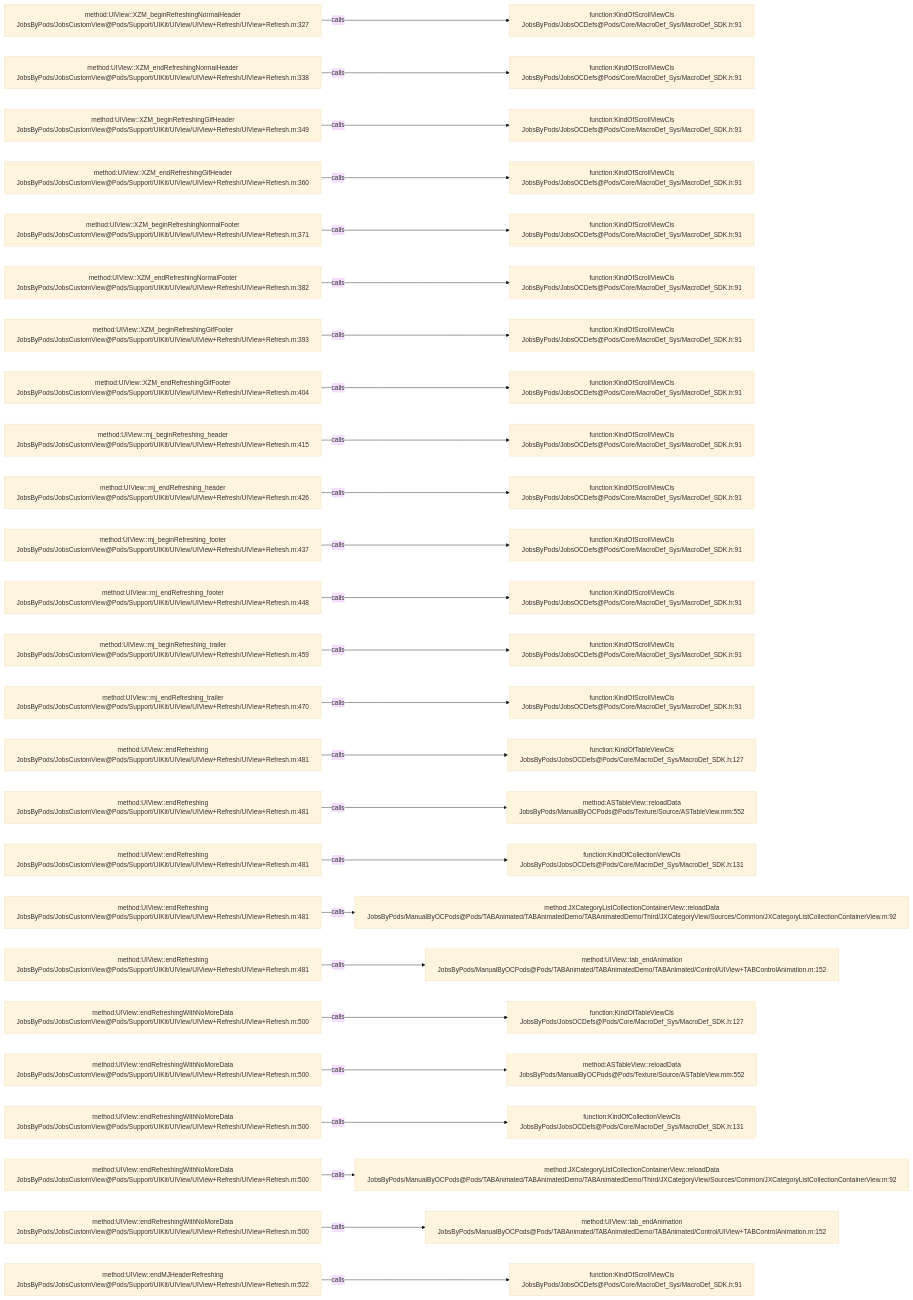
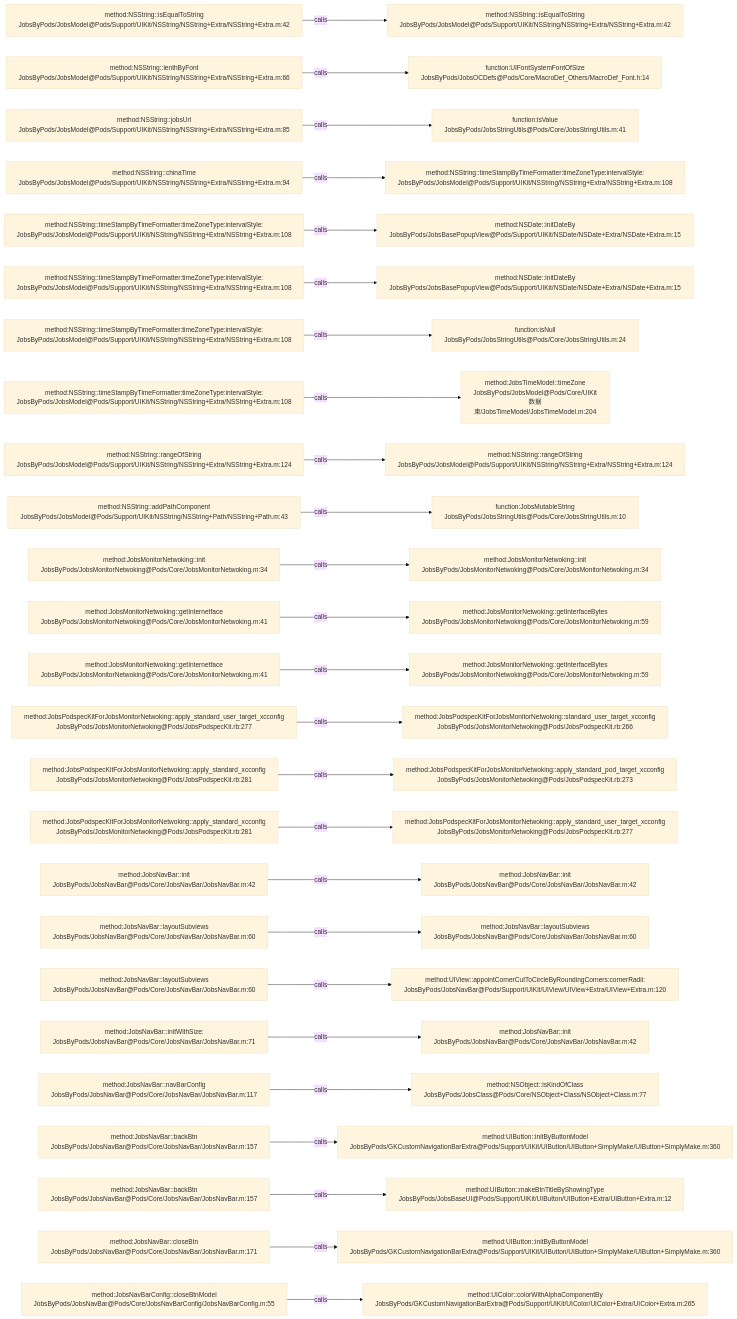
One commit to JobsKits/JobsOCBaseConfigDemo changed the diagram in .codegraph/codegraph.md/graphs/calls-115.md. Above: the diagram before and after it, drawn with Mermaid (base theme). The commit also changed 1026 other files, not shown here.

````diff
--- a/.codegraph/codegraph.md/graphs/calls-115.md
+++ b/.codegraph/codegraph.md/graphs/calls-115.md
@@ -13,78 +13,78 @@
 ```mermaid
 flowchart LR
-  S1["method:UIView::XZM_beginRefreshingNormalHeader<br/>JobsByPods/JobsCustomView@Pods/Support/UIKit/UIView/UIView+Refresh/UIView+Refresh.m:327"]
-  T1["function:KindOfScrollViewCls<br/>JobsByPods/JobsOCDefs@Pods/Core/MacroDef_Sys/MacroDef_SDK.h:91"]
+  S1["method:NSString::isEqualToString<br/>JobsByPods/JobsModel@Pods/Support/UIKit/NSString/NSString+Extra/NSString+Extra.m:42"]
+  T1["method:NSString::isEqualToString<br/>JobsByPods/JobsModel@Pods/Support/UIKit/NSString/NSString+Extra/NSString+Extra.m:42"]
   S1 -->|calls| T1
-  S2["method:UIView::XZM_endRefreshingNormalHeader<br/>JobsByPods/JobsCustomView@Pods/Support/UIKit/UIView/UIView+Refresh/UIView+Refresh.m:338"]
-  T2["function:KindOfScrollViewCls<br/>JobsByPods/JobsOCDefs@Pods/Core/MacroDef_Sys/MacroDef_SDK.h:91"]
+  S2["method:NSString::lenthByFont<br/>JobsByPods/JobsModel@Pods/Support/UIKit/NSString/NSString+Extra/NSString+Extra.m:66"]
+  T2["function:UIFontSystemFontOfSize<br/>JobsByPods/JobsOCDefs@Pods/Core/MacroDef_Others/MacroDef_Font.h:14"]
   S2 -->|calls| T2
-  S3["method:UIView::XZM_beginRefreshingGifHeader<br/>JobsByPods/JobsCustomView@Pods/Support/UIKit/UIView/UIView+Refresh/UIView+Refresh.m:349"]
-  T3["function:KindOfScrollViewCls<br/>JobsByPods/JobsOCDefs@Pods/Core/MacroDef_Sys/MacroDef_SDK.h:91"]
+  S3["method:NSString::jobsUrl<br/>JobsByPods/JobsModel@Pods/Support/UIKit/NSString/NSString+Extra/NSString+Extra.m:85"]
+  T3["function:isValue<br/>JobsByPods/JobsStringUtils@Pods/Core/JobsStringUtils.m:41"]
   S3 -->|calls| T3
-  S4["method:UIView::XZM_endRefreshingGifHeader<br/>JobsByPods/JobsCustomView@Pods/Support/UIKit/UIView/UIView+Refresh/UIView+Refresh.m:360"]
-  T4["function:KindOfScrollViewCls<br/>JobsByPods/JobsOCDefs@Pods/Core/MacroDef_Sys/MacroDef_SDK.h:91"]
+  S4["method:NSString::chinaTime<br/>JobsByPods/JobsModel@Pods/Support/UIKit/NSString/NSString+Extra/NSString+Extra.m:94"]
+  T4["method:NSString::timeStampByTimeFormatter:timeZoneType:intervalStyle:<br/>JobsByPods/JobsModel@Pods/Support/UIKit/NSString/NSString+Extra/NSString+Extra.m:108"]
   S4 -->|calls| T4
-  S5["method:UIView::XZM_beginRefreshingNormalFooter<br/>JobsByPods/JobsCustomView@Pods/Support/UIKit/UIView/UIView+Refresh/UIView+Refresh.m:371"]
-  T5["function:KindOfScrollViewCls<br/>JobsByPods/JobsOCDefs@Pods/Core/MacroDef_Sys/MacroDef_SDK.h:91"]
+  S5["method:NSString::timeStampByTimeFormatter:timeZoneType:intervalStyle:<br/>JobsByPods/JobsModel@Pods/Support/UIKit/NSString/NSString+Extra/NSString+Extra.m:108"]
+  T5["method:NSDate::initDateBy<br/>JobsByPods/JobsBasePopupView@Pods/Support/UIKit/NSDate/NSDate+Extra/NSDate+Extra.m:15"]
   S5 -->|calls| T5
-  S6["method:UIView::XZM_endRefreshingNormalFooter<br/>JobsByPods/JobsCustomView@Pods/Support/UIKit/UIView/UIView+Refresh/UIView+Refresh.m:382"]
-  T6["function:KindOfScrollViewCls<br/>JobsByPods/JobsOCDefs@Pods/Core/MacroDef_Sys/MacroDef_SDK.h:91"]
+  S6["method:NSString::timeStampByTimeFormatter:timeZoneType:intervalStyle:<br/>JobsByPods/JobsModel@Pods/Support/UIKit/NSString/NSString+Extra/NSString+Extra.m:108"]
+  T6["method:NSDate::initDateBy<br/>JobsByPods/JobsBasePopupView@Pods/Support/UIKit/NSDate/NSDate+Extra/NSDate+Extra.m:15"]
   S6 -->|calls| T6
-  S7["method:UIView::XZM_beginRefreshingGifFooter<br/>JobsByPods/JobsCustomView@Pods/Support/UIKit/UIView/UIView+Refresh/UIView+Refresh.m:393"]
-  T7["function:KindOfScrollViewCls<br/>JobsByPods/JobsOCDefs@Pods/Core/MacroDef_Sys/MacroDef_SDK.h:91"]
+  S7["method:NSString::timeStampByTimeFormatter:timeZoneType:intervalStyle:<br/>JobsByPods/JobsModel@Pods/Support/UIKit/NSString/NSString+Extra/NSString+Extra.m:108"]
+  T7["function:isNull<br/>JobsByPods/JobsStringUtils@Pods/Core/JobsStringUtils.m:24"]
   S7 -->|calls| T7
-  S8["method:UIView::XZM_endRefreshingGifFooter<br/>JobsByPods/JobsCustomView@Pods/Support/UIKit/UIView/UIView+Refresh/UIView+Refresh.m:404"]
-  T8["function:KindOfScrollViewCls<br/>JobsByPods/JobsOCDefs@Pods/Core/MacroDef_Sys/MacroDef_SDK.h:91"]
+  S8["method:NSString::timeStampByTimeFormatter:timeZoneType:intervalStyle:<br/>JobsByPods/JobsModel@Pods/Support/UIKit/NSString/NSString+Extra/NSString+Extra.m:108"]
+  T8["method:JobsTimeModel::timeZone<br/>JobsByPods/JobsModel@Pods/Core/UIKit数据束/JobsTimeModel/JobsTimeModel.m:204"]
   S8 -->|calls| T8
-  S9["method:UIView::mj_beginRefreshing_header<br/>JobsByPods/JobsCustomView@Pods/Support/UIKit/UIView/UIView+Refresh/UIView+Refresh.m:415"]
-  T9["function:KindOfScrollViewCls<br/>JobsByPods/JobsOCDefs@Pods/Core/MacroDef_Sys/MacroDef_SDK.h:91"]
+  S9["method:NSString::rangeOfString<br/>JobsByPods/JobsModel@Pods/Support/UIKit/NSString/NSString+Extra/NSString+Extra.m:124"]
+  T9["method:NSString::rangeOfString<br/>JobsByPods/JobsModel@Pods/Support/UIKit/NSString/NSString+Extra/NSString+Extra.m:124"]
   S9 -->|calls| T9
-  S10["method:UIView::mj_endRefreshing_header<br/>JobsByPods/JobsCustomView@Pods/Support/UIKit/UIView/UIView+Refresh/UIView+Refresh.m:426"]
-  T10["function:KindOfScrollViewCls<br/>JobsByPods/JobsOCDefs@Pods/Core/MacroDef_Sys/MacroDef_SDK.h:91"]
+  S10["method:NSString::addPathComponent<br/>JobsByPods/JobsModel@Pods/Support/UIKit/NSString/NSString+Path/NSString+Path.m:43"]
+  T10["function:JobsMutableString<br/>JobsByPods/JobsStringUtils@Pods/Core/JobsStringUtils.m:10"]
   S10 -->|calls| T10
-  S11["method:UIView::mj_beginRefreshing_footer<br/>JobsByPods/JobsCustomView@Pods/Support/UIKit/UIView/UIView+Refresh/UIView+Refresh.m:437"]
-  T11["function:KindOfScrollViewCls<br/>JobsByPods/JobsOCDefs@Pods/Core/MacroDef_Sys/MacroDef_SDK.h:91"]
+  S11["method:JobsMonitorNetwoking::init<br/>JobsByPods/JobsMonitorNetwoking@Pods/Core/JobsMonitorNetwoking.m:34"]
+  T11["method:JobsMonitorNetwoking::init<br/>JobsByPods/JobsMonitorNetwoking@Pods/Core/JobsMonitorNetwoking.m:34"]
   S11 -->|calls| T11
-  S12["method:UIView::mj_endRefreshing_footer<br/>JobsByPods/JobsCustomView@Pods/Support/UIKit/UIView/UIView+Refresh/UIView+Refresh.m:448"]
-  T12["function:KindOfScrollViewCls<br/>JobsByPods/JobsOCDefs@Pods/Core/MacroDef_Sys/MacroDef_SDK.h:91"]
+  S12["method:JobsMonitorNetwoking::getInternetface<br/>JobsByPods/JobsMonitorNetwoking@Pods/Core/JobsMonitorNetwoking.m:41"]
+  T12["method:JobsMonitorNetwoking::getInterfaceBytes<br/>JobsByPods/JobsMonitorNetwoking@Pods/Core/JobsMonitorNetwoking.m:59"]
   S12 -->|calls| T12
-  S13["method:UIView::mj_beginRefreshing_trailer<br/>JobsByPods/JobsCustomView@Pods/Support/UIKit/UIView/UIView+Refresh/UIView+Refresh.m:459"]
-  T13["function:KindOfScrollViewCls<br/>JobsByPods/JobsOCDefs@Pods/Core/MacroDef_Sys/MacroDef_SDK.h:91"]
+  S13["method:JobsMonitorNetwoking::getInternetface<br/>JobsByPods/JobsMonitorNetwoking@Pods/Core/JobsMonitorNetwoking.m:41"]
+  T13["method:JobsMonitorNetwoking::getInterfaceBytes<br/>JobsByPods/JobsMonitorNetwoking@Pods/Core/JobsMonitorNetwoking.m:59"]
   S13 -->|calls| T13
-  S14["method:UIView::mj_endRefreshing_trailer<br/>JobsByPods/JobsCustomView@Pods/Support/UIKit/UIView/UIView+Refresh/UIView+Refresh.m:470"]
-  T14["function:KindOfScrollViewCls<br/>JobsByPods/JobsOCDefs@Pods/Core/MacroDef_Sys/MacroDef_SDK.h:91"]
+  S14["method:JobsPodspecKitForJobsMonitorNetwoking::apply_standard_user_target_xcconfig<br/>JobsByPods/JobsMonitorNetwoking@Pods/JobsPodspecKit.rb:277"]
+  T14["method:JobsPodspecKitForJobsMonitorNetwoking::standard_user_target_xcconfig<br/>JobsByPods/JobsMonitorNetwoking@Pods/JobsPodspecKit.rb:266"]
   S14 -->|calls| T14
-  S15["method:UIView::endRefreshing<br/>JobsByPods/JobsCustomView@Pods/Support/UIKit/UIView/UIView+Refresh/UIView+Refresh.m:481"]
-  T15["function:KindOfTableViewCls<br/>JobsByPods/JobsOCDefs@Pods/Core/MacroDef_Sys/MacroDef_SDK.h:127"]
+  S15["method:JobsPodspecKitForJobsMonitorNetwoking::apply_standard_xcconfig<br/>JobsByPods/JobsMonitorNetwoking@Pods/JobsPodspecKit.rb:281"]
+  T15["method:JobsPodspecKitForJobsMonitorNetwoking::apply_standard_pod_target_xcconfig<br/>JobsByPods/JobsMonitorNetwoking@Pods/JobsPodspecKit.rb:273"]
   S15 -->|calls| T15
-  S16["method:UIView::endRefreshing<br/>JobsByPods/JobsCustomView@Pods/Support/UIKit/UIView/UIView+Refresh/UIView+Refresh.m:481"]
-  T16["method:ASTableView::reloadData<br/>JobsByPods/ManualByOCPods@Pods/Texture/Source/ASTableView.mm:552"]
+  S16["method:JobsPodspecKitForJobsMonitorNetwoking::apply_standard_xcconfig<br/>JobsByPods/JobsMonitorNetwoking@Pods/JobsPodspecKit.rb:281"]
+  T16["method:JobsPodspecKitForJobsMonitorNetwoking::apply_standard_user_target_xcconfig<br/>JobsByPods/JobsMonitorNetwoking@Pods/JobsPodspecKit.rb:277"]
   S16 -->|calls| T16
-  S17["method:UIView::endRefreshing<br/>JobsByPods/JobsCustomView@Pods/Support/UIKit/UIView/UIView+Refresh/UIView+Refresh.m:481"]
-  T17["function:KindOfCollectionViewCls<br/>JobsByPods/JobsOCDefs@Pods/Core/MacroDef_Sys/MacroDef_SDK.h:131"]
+  S17["method:JobsNavBar::init<br/>JobsByPods/JobsNavBar@Pods/Core/JobsNavBar/JobsNavBar.m:42"]
+  T17["method:JobsNavBar::init<br/>JobsByPods/JobsNavBar@Pods/Core/JobsNavBar/JobsNavBar.m:42"]
   S17 -->|calls| T17
-  S18["method:UIView::endRefreshing<br/>JobsByPods/JobsCustomView@Pods/Support/UIKit/UIView/UIView+Refresh/UIView+Refresh.m:481"]
-  T18["method:JXCategoryListCollectionContainerView::reloadData<br/>JobsByPods/ManualByOCPods@Pods/TABAnimated/TABAnimatedDemo/TABAnimatedDemo/Third/JXCategoryView/Sources/Common/JXCategoryListCollectionContainerView.m:92"]
+  S18["method:JobsNavBar::layoutSubviews<br/>JobsByPods/JobsNavBar@Pods/Core/JobsNavBar/JobsNavBar.m:60"]
+  T18["method:JobsNavBar::layoutSubviews<br/>JobsByPods/JobsNavBar@Pods/Core/JobsNavBar/JobsNavBar.m:60"]
   S18 -->|calls| T18
-  S19["method:UIView::endRefreshing<br/>JobsByPods/JobsCustomView@Pods/Support/UIKit/UIView/UIView+Refresh/UIView+Refresh.m:481"]
-  T19["method:UIView::tab_endAnimation<br/>JobsByPods/ManualByOCPods@Pods/TABAnimated/TABAnimatedDemo/TABAnimated/Control/UIView+TABControlAnimation.m:152"]
+  S19["method:JobsNavBar::layoutSubviews<br/>JobsByPods/JobsNavBar@Pods/Core/JobsNavBar/JobsNavBar.m:60"]
+  T19["method:UIView::appointCornerCutToCircleByRoundingCorners:cornerRadii:<br/>JobsByPods/JobsNavBar@Pods/Support/UIKit/UIView/UIView+Extra/UIView+Extra.m:120"]
   S19 -->|calls| T19
-  S20["method:UIView::endRefreshingWithNoMoreData<br/>JobsByPods/JobsCustomView@Pods/Support/UIKit/UIView/UIView+Refresh/UIView+Refresh.m:500"]
-  T20["function:KindOfTableViewCls<br/>JobsByPods/JobsOCDefs@Pods/Core/MacroDef_Sys/MacroDef_SDK.h:127"]
+  S20["method:JobsNavBar::initWithSize:<br/>JobsByPods/JobsNavBar@Pods/Core/JobsNavBar/JobsNavBar.m:71"]
+  T20["method:JobsNavBar::init<br/>JobsByPods/JobsNavBar@Pods/Core/JobsNavBar/JobsNavBar.m:42"]
   S20 -->|calls| T20
-  S21["method:UIView::endRefreshingWithNoMoreData<br/>JobsByPods/JobsCustomView@Pods/Support/UIKit/UIView/UIView+Refresh/UIView+Refresh.m:500"]
-  T21["method:ASTableView::reloadData<br/>JobsByPods/ManualByOCPods@Pods/Texture/Source/ASTableView.mm:552"]
+  S21["method:JobsNavBar::navBarConfig<br/>JobsByPods/JobsNavBar@Pods/Core/JobsNavBar/JobsNavBar.m:117"]
+  T21["method:NSObject::isKindOfClass<br/>JobsByPods/JobsClass@Pods/Core/NSObject+Class/NSObject+Class.m:77"]
   S21 -->|calls| T21
-  S22["method:UIView::endRefreshingWithNoMoreData<br/>JobsByPods/JobsCustomView@Pods/Support/UIKit/UIView/UIView+Refresh/UIView+Refresh.m:500"]
-  T22["function:KindOfCollectionViewCls<br/>JobsByPods/JobsOCDefs@Pods/Core/MacroDef_Sys/MacroDef_SDK.h:131"]
+  S22["method:JobsNavBar::backBtn<br/>JobsByPods/JobsNavBar@Pods/Core/JobsNavBar/JobsNavBar.m:157"]
+  T22["method:UIButton::initByButtonModel<br/>JobsByPods/GKCustomNavigationBarExtra@Pods/Support/UIKit/UIButton/UIButton+SimplyMake/UIButton+SimplyMake.m:360"]
   S22 -->|calls| T22
-  S23["method:UIView::endRefreshingWithNoMoreData<br/>JobsByPods/JobsCustomView@Pods/Support/UIKit/UIView/UIView+Refresh/UIView+Refresh.m:500"]
-  T23["method:JXCategoryListCollectionContainerView::reloadData<br/>JobsByPods/ManualByOCPods@Pods/TABAnimated/TABAnimatedDemo/TABAnimatedDemo/Third/JXCategoryView/Sources/Common/JXCategoryListCollectionContainerView.m:92"]
+  S23["method:JobsNavBar::backBtn<br/>JobsByPods/JobsNavBar@Pods/Core/JobsNavBar/JobsNavBar.m:157"]
+  T23["method:UIButton::makeBtnTitleByShowingType<br/>JobsByPods/JobsBaseUI@Pods/Support/UIKit/UIButton/UIButton+Extra/UIButton+Extra.m:12"]
   S23 -->|calls| T23
-  S24["method:UIView::endRefreshingWithNoMoreData<br/>JobsByPods/JobsCustomView@Pods/Support/UIKit/UIView/UIView+Refresh/UIView+Refresh.m:500"]
-  T24["method:UIView::tab_endAnimation<br/>JobsByPods/ManualByOCPods@Pods/TABAnimated/TABAnimatedDemo/TABAnimated/Control/UIView+TABControlAnimation.m:152"]
+  S24["method:JobsNavBar::closeBtn<br/>JobsByPods/JobsNavBar@Pods/Core/JobsNavBar/JobsNavBar.m:171"]
+  T24["method:UIButton::initByButtonModel<br/>JobsByPods/GKCustomNavigationBarExtra@Pods/Support/UIKit/UIButton/UIButton+SimplyMake/UIButton+SimplyMake.m:360"]
   S24 -->|calls| T24
-  S25["method:UIView::endMJHeaderRefreshing<br/>JobsByPods/JobsCustomView@Pods/Support/UIKit/UIView/UIView+Refresh/UIView+Refresh.m:522"]
-  T25["function:KindOfScrollViewCls<br/>JobsByPods/JobsOCDefs@Pods/Core/MacroDef_Sys/MacroDef_SDK.h:91"]
+  S25["method:JobsNavBarConfig::closeBtnModel<br/>JobsByPods/JobsNavBar@Pods/Core/JobsNavBarConfig/JobsNavBarConfig.m:55"]
+  T25["method:UIColor::colorWithAlphaComponentBy<br/>JobsByPods/GKCustomNavigationBarExtra@Pods/Support/UIKit/UIColor/UIColor+Extra/UIColor+Extra.m:265"]
   S25 -->|calls| T25
 ```
````
